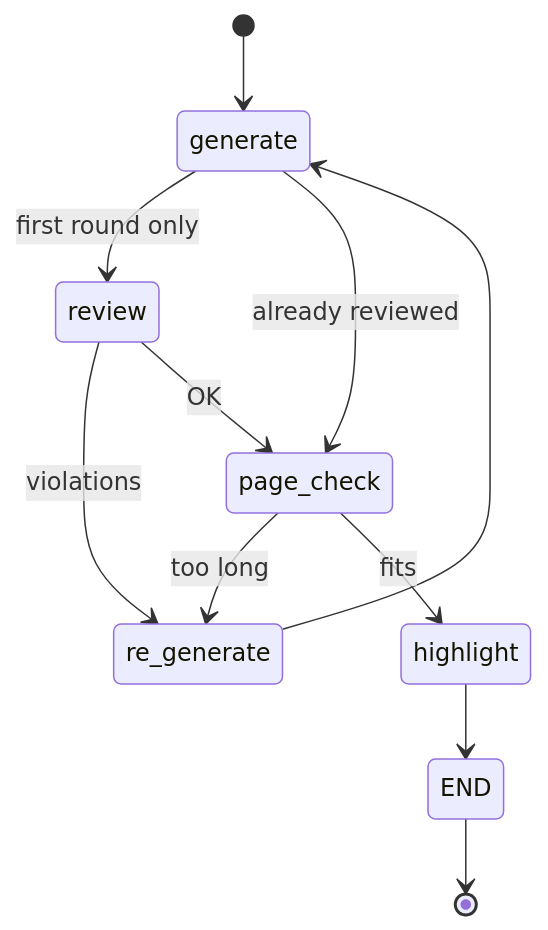
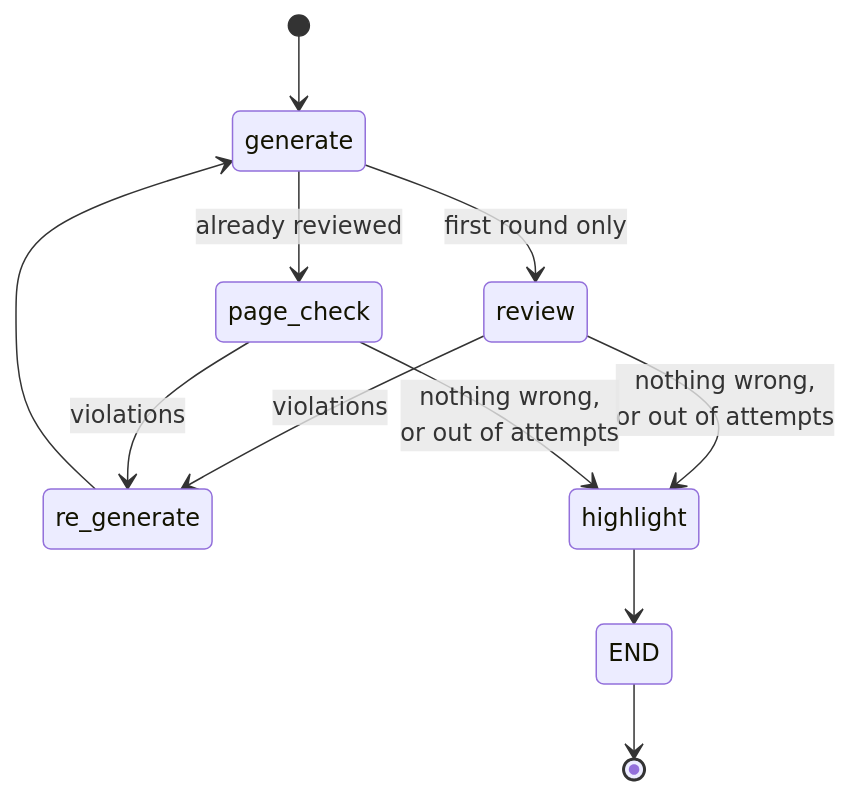
The second of 2 diagrams in doc/cv-pipeline.md (gcontini/resumix), drawn with Mermaid before and after one commit. The commit also changed other lines of this file and 23 other files, not shown here.

````diff
--- a/doc/cv-pipeline.md
+++ b/doc/cv-pipeline.md
@@ -79,14 +86,14 @@
 ```mermaid
 stateDiagram-v2
     [*] --> generate
     generate --> review: first round only
     generate --> page_check: already reviewed
     review --> re_generate: violations
-    review --> page_check: OK
-    page_check --> re_generate: too long
-    page_check --> highlight: fits
+    review --> highlight: nothing wrong,<br/>or out of attempts
+    page_check --> re_generate: violations
+    page_check --> highlight: nothing wrong,<br/>or out of attempts
     re_generate --> generate
     highlight --> FIN
     state "END" as FIN
     FIN --> [*]
 ```
````
